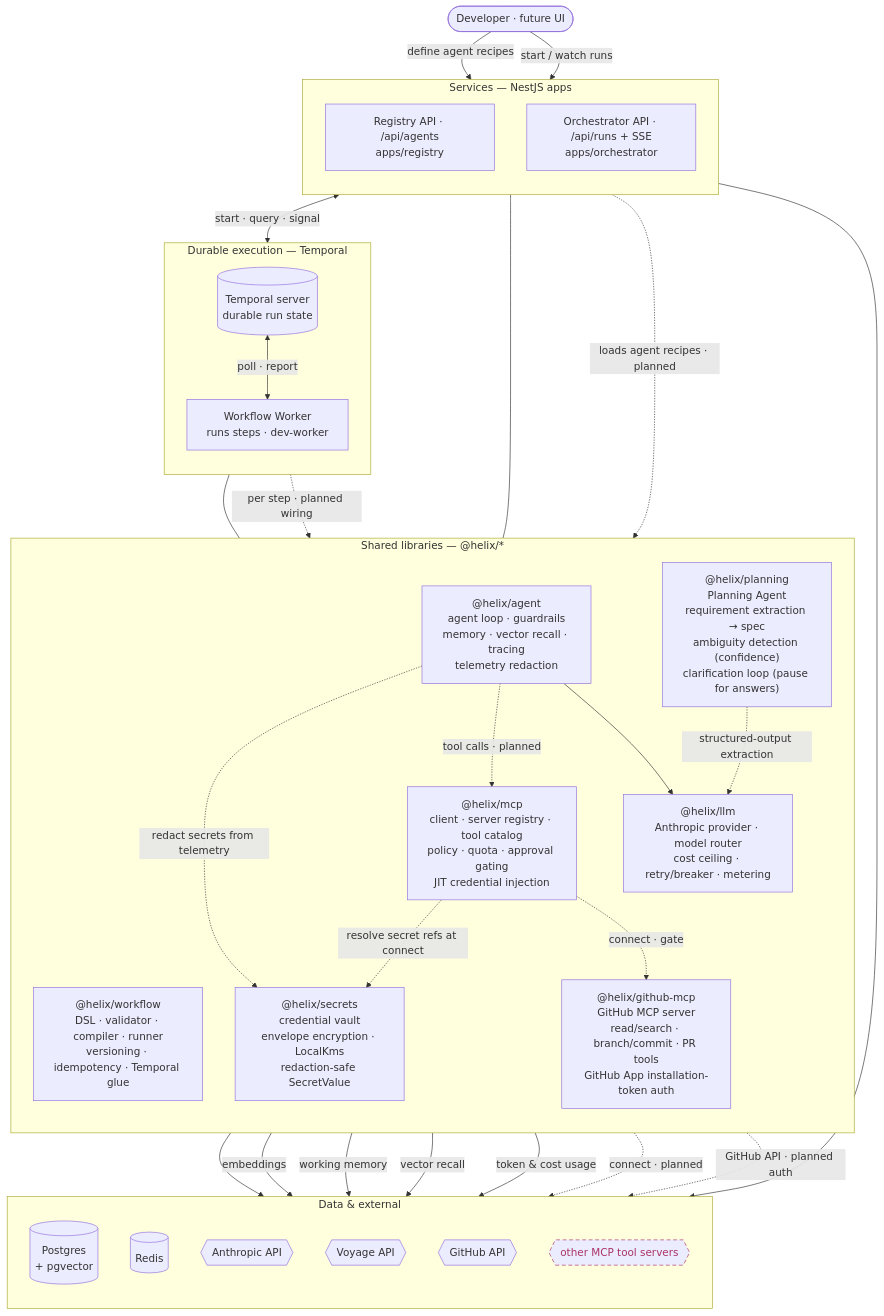
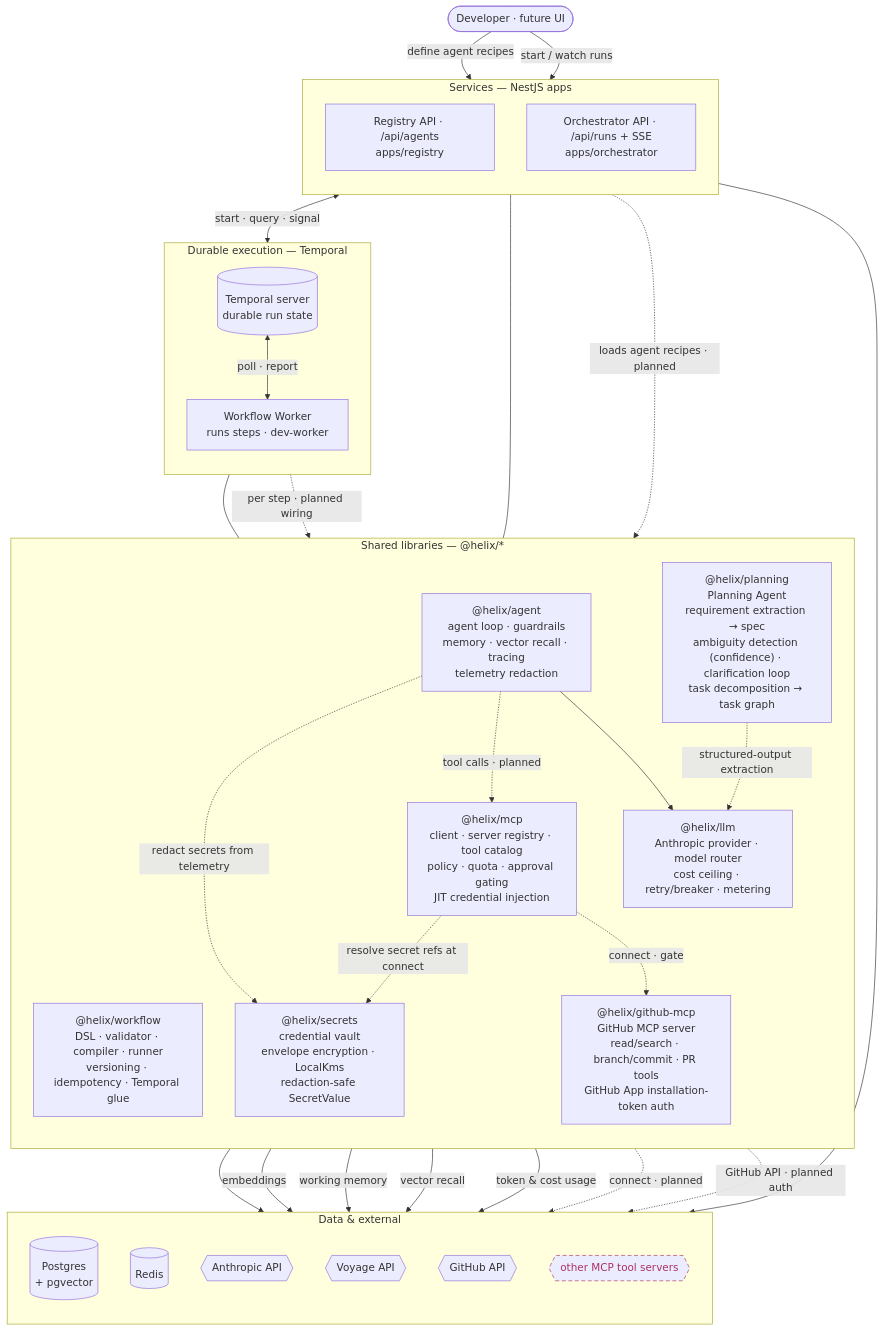
Before and after one commit to shhashhank/helix: the first of 2 diagrams in docs/ARCHITECTURE.md, drawn with Mermaid. The commit also changed 5 other files, not shown here.

First line of the commit message:
HELIX-96: task decomposition prompt + task-graph schema (#57)

````diff
--- a/docs/ARCHITECTURE.md
+++ b/docs/ARCHITECTURE.md
@@ -16,63 +16,63 @@
 ```mermaid
 flowchart TB
   user([Developer · future UI])
 
   subgraph svc["Services — NestJS apps"]
     direction TB
     reg["Registry API · /api/agents<br/>apps/registry"]
     orc["Orchestrator API · /api/runs + SSE<br/>apps/orchestrator"]
   end
 
   subgraph dur["Durable execution — Temporal"]
     direction TB
     tmp[("Temporal server<br/>durable run state")]
     wkr["Workflow Worker<br/>runs steps · dev-worker"]
   end
 
   subgraph lib["Shared libraries — @helix/*"]
     direction TB
     wf["@helix/workflow<br/>DSL · validator · compiler · runner<br/>versioning · idempotency · Temporal glue"]
     ag["@helix/agent<br/>agent loop · guardrails<br/>memory · vector recall · tracing<br/>telemetry redaction"]
     lm["@helix/llm<br/>Anthropic provider · model router<br/>cost ceiling · retry/breaker · metering"]
     mc["@helix/mcp<br/>client · server registry · tool catalog<br/>policy · quota · approval gating<br/>JIT credential injection"]
     gh["@helix/github-mcp<br/>GitHub MCP server<br/>read/search · branch/commit · PR tools<br/>GitHub App installation-token auth"]
     sec["@helix/secrets<br/>credential vault<br/>envelope encryption · LocalKms<br/>redaction-safe SecretValue"]
-    pl["@helix/planning<br/>Planning Agent<br/>requirement extraction → spec<br/>ambiguity detection (confidence)<br/>clarification loop (pause for answers)"]
+    pl["@helix/planning<br/>Planning Agent<br/>requirement extraction → spec<br/>ambiguity detection (confidence) · clarification loop<br/>task decomposition → task graph"]
   end
 
   subgraph dat["Data & external"]
     direction TB
     pg[("Postgres<br/>+ pgvector")]
     rd[("Redis")]
     an{{Anthropic API}}
     vo{{Voyage API}}
     gha{{GitHub API}}
     ext{{other MCP tool servers}}
   end
 
   user -->|define agent recipes| reg
   user -->|start / watch runs| orc
   reg --> pg
   orc <-->|start · query · signal| tmp
   tmp <-->|poll · report| wkr
   wkr --- wf
   orc --- wf
   wkr -.->|per step · planned wiring| ag
   reg -.->|loads agent recipes · planned| ag
   ag --> lm
   ag -.->|tool calls · planned| mc
   lm --> an
   ag -->|embeddings| vo
   ag -->|working memory| rd
   ag -->|vector recall| pg
   lm -->|token & cost usage| pg
   mc -.->|connect · gate| gh
   mc -.->|connect · planned| ext
   mc -.->|resolve secret refs at connect| sec
   ag -.->|redact secrets from telemetry| sec
   pl -.->|structured-output extraction| lm
   gh -.->|GitHub API · planned auth| gha
 
   classDef planned stroke-dasharray:6 4,stroke:#a36,color:#a36;
   class ext planned;
 ```
````
